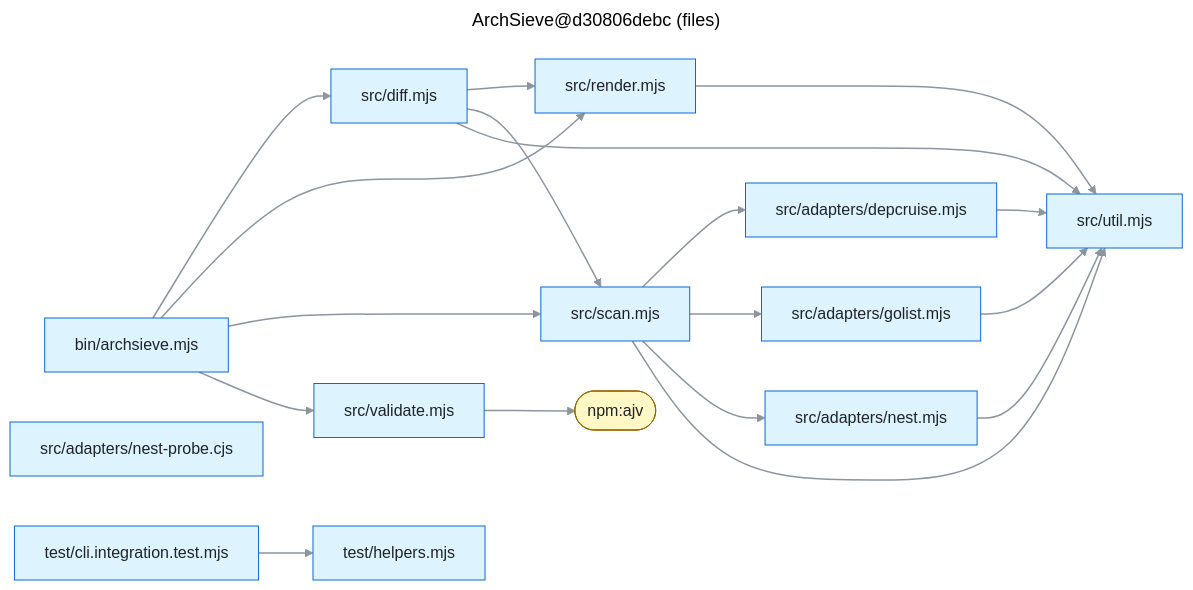
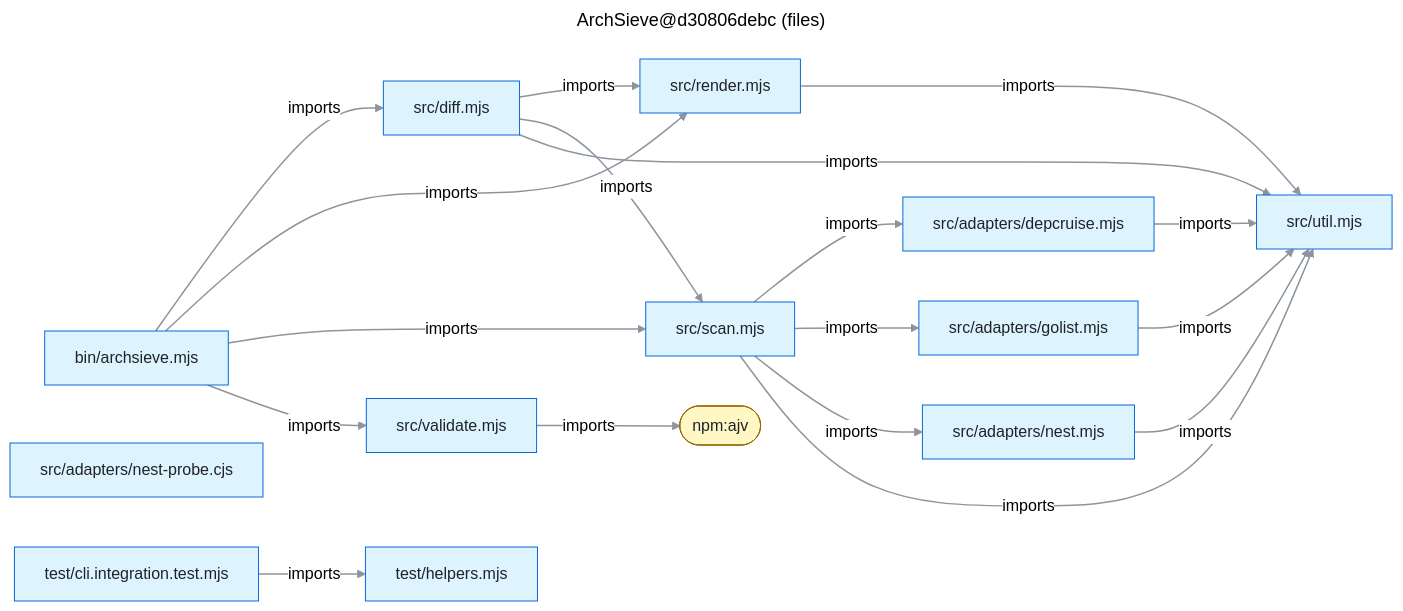
The diagram in examples/self/archsieve-files.mmd (FullFran/archsieve), drawn with Mermaid (neutral theme) before and after one commit. The commit also changed 12 other files, not shown here.

```diff
--- a/examples/self/archsieve-files.mmd
+++ b/examples/self/archsieve-files.mmd
@@ -1,40 +1,40 @@
 ---
 title: ArchSieve@d30806debc (files)
 ---
 flowchart LR
   n0["bin/archsieve.mjs"]:::code
   n1(["npm:ajv"]):::external
   n2["src/adapters/depcruise.mjs"]:::code
   n3["src/adapters/golist.mjs"]:::code
   n4["src/adapters/nest-probe.cjs"]:::code
   n5["src/adapters/nest.mjs"]:::code
   n6["src/diff.mjs"]:::code
   n7["src/render.mjs"]:::code
   n8["src/scan.mjs"]:::code
   n9["src/util.mjs"]:::code
   n10["src/validate.mjs"]:::code
   n11["test/cli.integration.test.mjs"]:::code
   n12["test/helpers.mjs"]:::code
-  n0 --> n6
-  n0 --> n7
-  n0 --> n8
-  n0 --> n10
-  n2 --> n9
-  n3 --> n9
-  n5 --> n9
-  n6 --> n7
-  n6 --> n8
-  n6 --> n9
-  n7 --> n9
-  n8 --> n2
-  n8 --> n3
-  n8 --> n5
-  n8 --> n9
-  n10 --> n1
-  n11 --> n12
+  n0 -->|"imports"| n6
+  n0 -->|"imports"| n7
+  n0 -->|"imports"| n8
+  n0 -->|"imports"| n10
+  n2 -->|"imports"| n9
+  n3 -->|"imports"| n9
+  n5 -->|"imports"| n9
+  n6 -->|"imports"| n7
+  n6 -->|"imports"| n8
+  n6 -->|"imports"| n9
+  n7 -->|"imports"| n9
+  n8 -->|"imports"| n2
+  n8 -->|"imports"| n3
+  n8 -->|"imports"| n5
+  n8 -->|"imports"| n9
+  n10 -->|"imports"| n1
+  n11 -->|"imports"| n12
   linkStyle default stroke:#8c959f,stroke-width:1.5px
   classDef code fill:#ddf4ff,stroke:#0969da,color:#1f2328
   classDef external fill:#fff8c5,stroke:#9a6700,color:#1f2328
   classDef module fill:#fbefff,stroke:#8250df,color:#1f2328
   classDef added fill:#dafbe1,stroke:#2da44e,stroke-width:2px,color:#1f2328
   classDef removed fill:#ffebe9,stroke:#cf222e,stroke-dasharray:4 3,color:#1f2328
```
